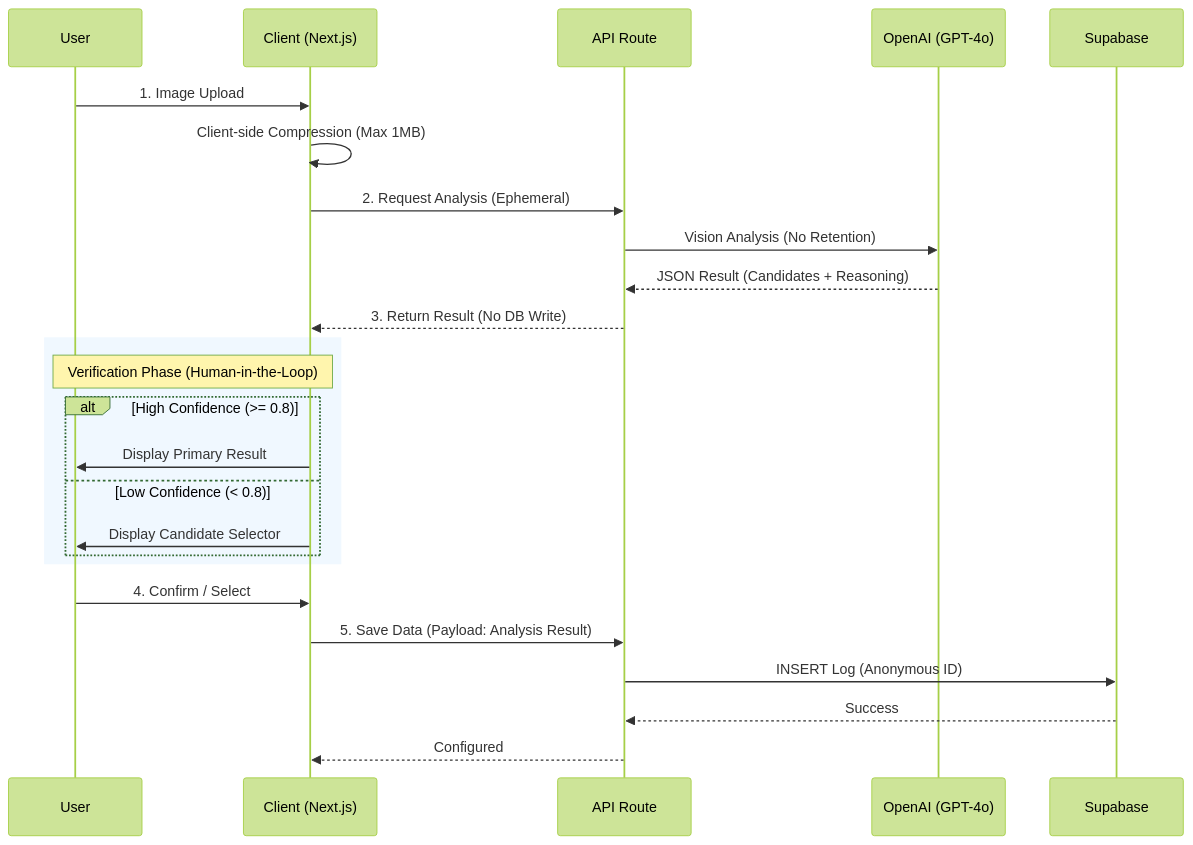
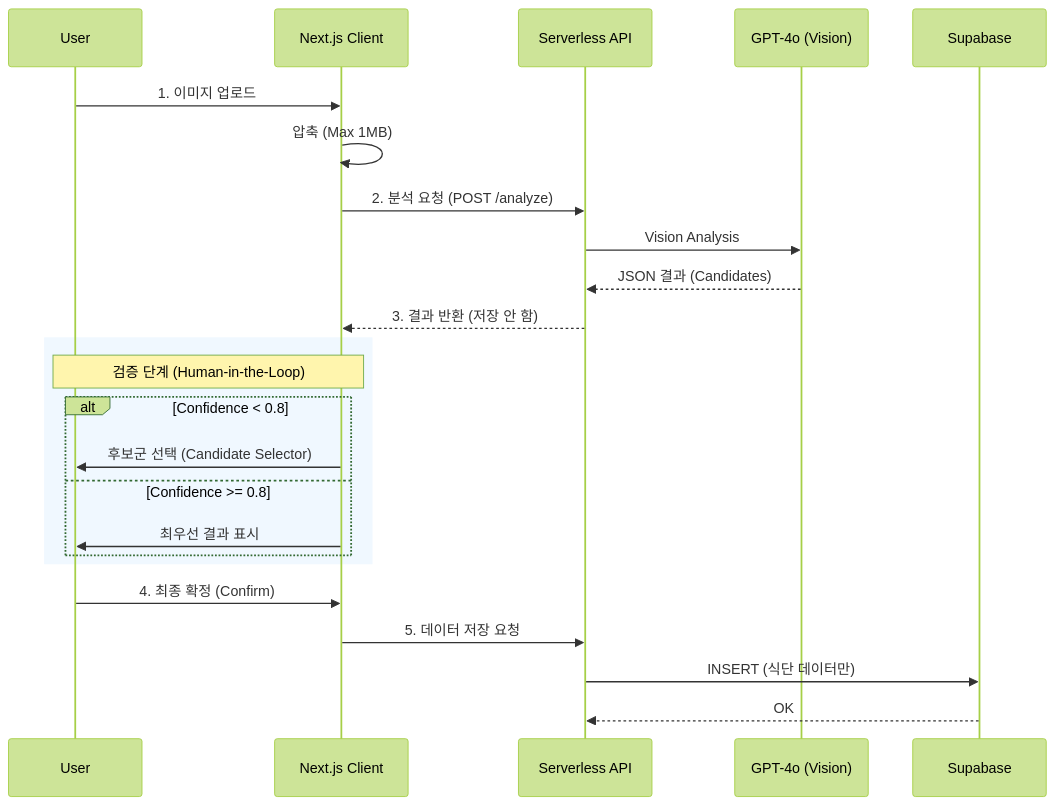
The diagram in README.md (sjwoo1999/MealRo), drawn with Mermaid (forest theme) before and after one commit. The commit also changed other lines of this file, not shown here.

````diff
--- a/README.md
+++ b/README.md
@@ -41,30 +38,29 @@
 ```mermaid
 sequenceDiagram
     participant User
-    participant App as Client (Next.js)
-    participant API as API Route
-    participant AI as OpenAI (GPT-4o)
+    participant Client as Next.js Client
+    participant API as Serverless API
+    participant AI as GPT-4o (Vision)
     participant DB as Supabase
 
-    User->>App: 1. Image Upload
-    App->>App: Client-side Compression (Max 1MB)
-    App->>API: 2. Request Analysis (Ephemeral)
-    API->>AI: Vision Analysis (No Retention)
-    AI-->>API: JSON Result (Candidates + Reasoning)
-    API-->>App: 3. Return Result (No DB Write)
+    User->>Client: 1. 이미지 업로드
+    Client->>Client: 압축 (Max 1MB)
+    Client->>API: 2. 분석 요청 (POST /analyze)
+    API->>AI: Vision Analysis
+    AI-->>API: JSON 결과 (Candidates)
+    API-->>Client: 3. 결과 반환 (저장 안 함)
     
     rect rgb(240, 248, 255)
-        Note over App, User: Verification Phase (Human-in-the-Loop)
-        alt High Confidence (>= 0.8)
-            App->>User: Display Primary Result
-        else Low Confidence (< 0.8)
-            App->>User: Display Candidate Selector
+        Note over Client, User: 검증 단계 (Human-in-the-Loop)
+        alt Confidence < 0.8
+            Client->>User: 후보군 선택 (Candidate Selector)
+        else Confidence >= 0.8
+            Client->>User: 최우선 결과 표시
         end
     end
 
-    User->>App: 4. Confirm / Select
-    App->>API: 5. Save Data (Payload: Analysis Result)
-    API->>DB: INSERT Log (Anonymous ID)
-    DB-->>API: Success
-    API-->>App: Configured
+    User->>Client: 4. 최종 확정 (Confirm)
+    Client->>API: 5. 데이터 저장 요청
+    API->>DB: INSERT (식단 데이터만)
+    DB-->>API: OK
 ```
````
